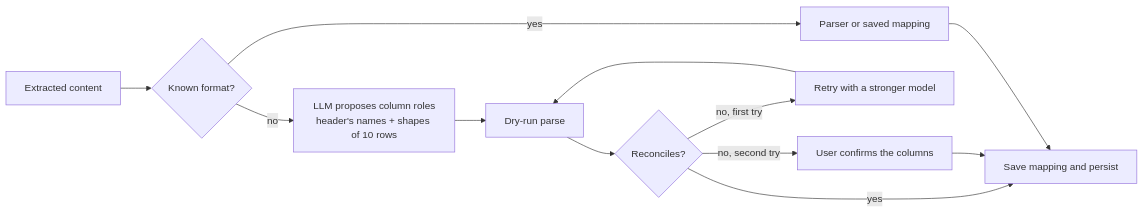
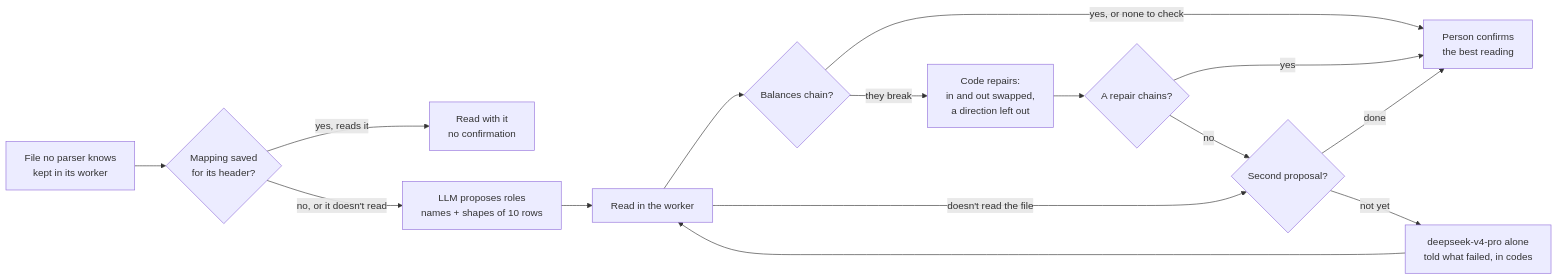
One commit to ingcarlostello/xtrakto changed the fifth of 7 diagrams in docs/ARCHITECTURE.md. Above: the diagram before and after it, drawn with Mermaid. The commit also changed other lines of this file and 5 other files, not shown here.

Commit message:
docs: the format agent repairs and retries before asking

````diff
--- a/docs/ARCHITECTURE.md
+++ b/docs/ARCHITECTURE.md
@@ -369,14 +369,17 @@
 ```mermaid
 flowchart LR
-    A["Extracted content"] --> B{"Known format?"}
-    B -- "yes" --> P["Parser or saved mapping"]
-    B -- "no" --> M["LLM proposes column roles<br/>header's names + shapes of 10 rows"]
-    M --> D["Dry-run parse"]
-    D --> R{"Reconciles?"}
-    R -- "yes" --> S["Save mapping and persist"]
-    R -- "no, first try" --> X["Retry with a stronger model"]
-    X --> D
-    R -- "no, second try" --> U["User confirms the columns"]
-    U --> S
-    P --> S
+    A["File no parser knows<br/>kept in its worker"] --> L{"Mapping saved<br/>for its header?"}
+    L -- "yes, reads it" --> F["Read with it<br/>no confirmation"]
+    L -- "no, or it doesn't read" --> M["LLM proposes roles<br/>names + shapes of 10 rows"]
+    M --> R["Read in the worker"]
+    R --> V{"Balances chain?"}
+    V -- "yes, or none to check" --> C["Person confirms<br/>the best reading"]
+    V -- "they break" --> X["Code repairs:<br/>in and out swapped,<br/>a direction left out"]
+    X --> W{"A repair chains?"}
+    W -- "yes" --> C
+    W -- "no" --> T{"Second proposal?"}
+    R -- "doesn't read the file" --> T
+    T -- "not yet" --> P["deepseek-v4-pro alone<br/>told what failed, in codes"]
+    P --> R
+    T -- "done" --> C
 ```
````
